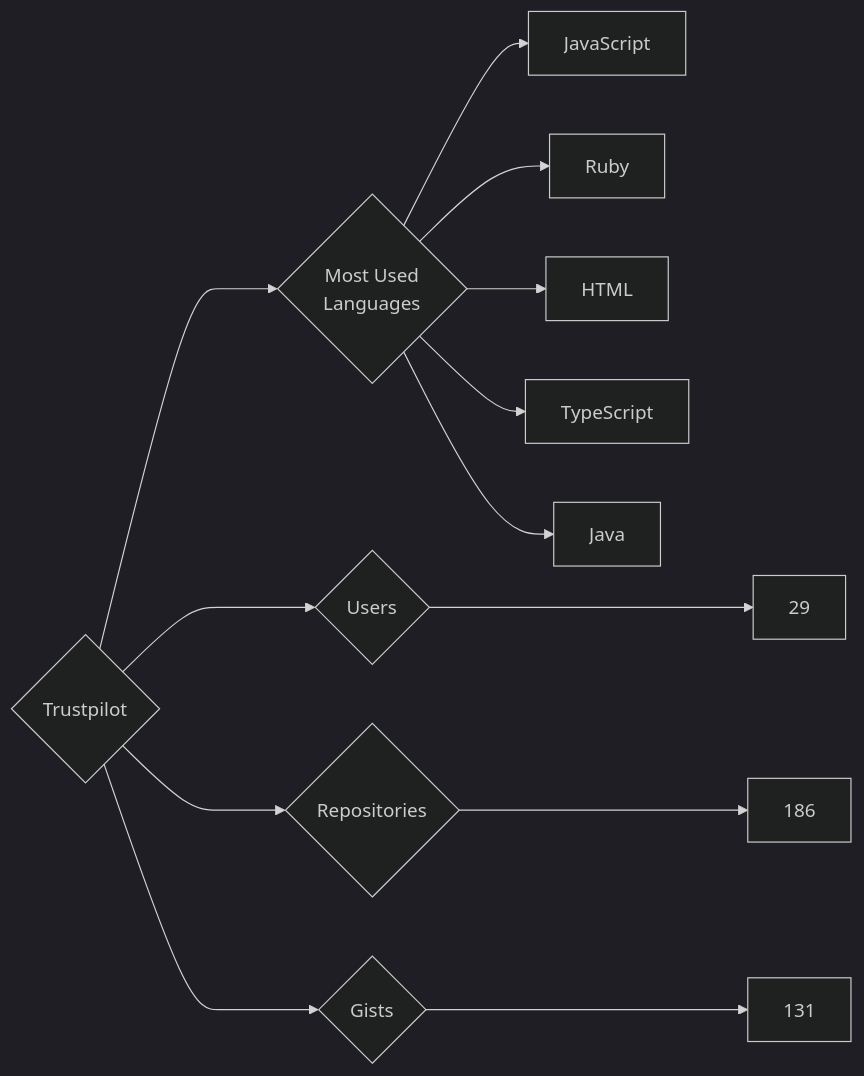
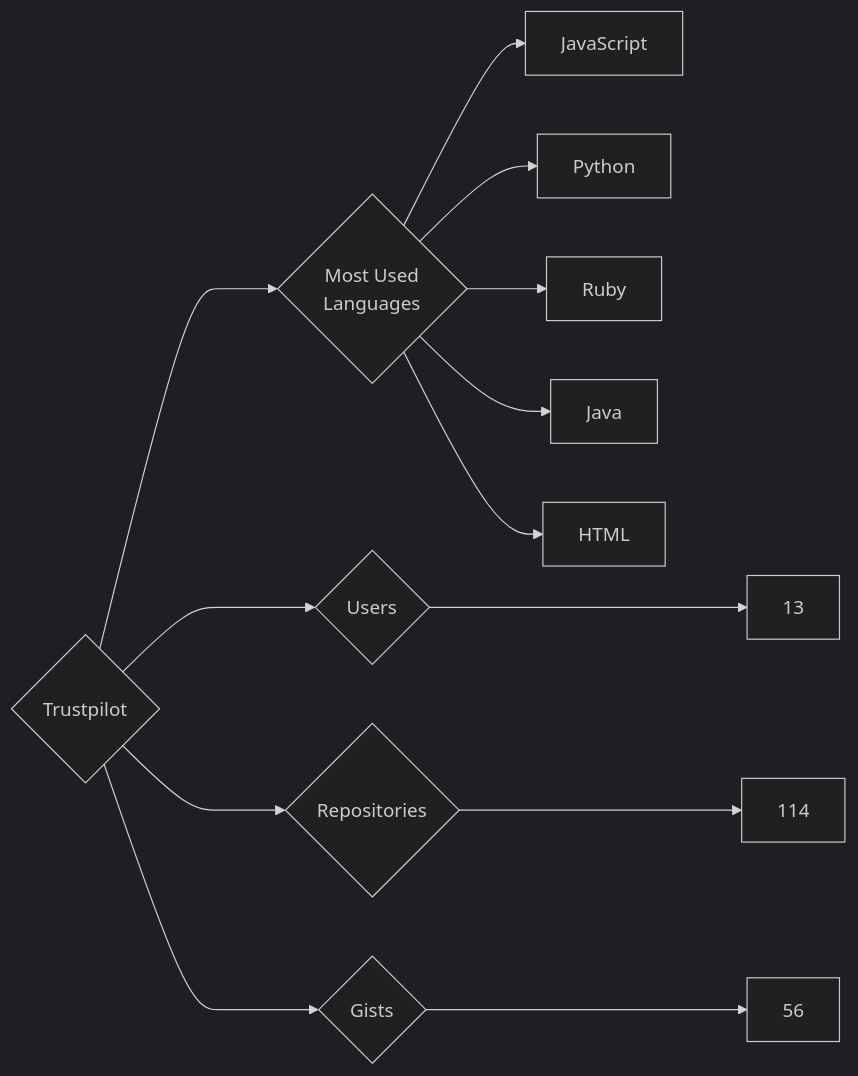
One commit to trickest/insiders changed the diagram in targets/Trustpilot/README.md. Above: the diagram before and after it, drawn with Mermaid (dark theme). The commit also changed 829 other files, not shown here.

````diff
--- a/targets/Trustpilot/README.md
+++ b/targets/Trustpilot/README.md
@@ -3,13 +3,13 @@
 ```mermaid
 graph LR
 COMPANY_NAME{Trustpilot}
-COMPANY_NAME ---> U{Users} ---> UN[29]
-COMPANY_NAME ---> R{Repositories} ---> RN[186]
-COMPANY_NAME ---> G{Gists} ---> GN[131]
+COMPANY_NAME ---> U{Users} ---> UN[13]
+COMPANY_NAME ---> R{Repositories} ---> RN[114]
+COMPANY_NAME ---> G{Gists} ---> GN[56]
 COMPANY_NAME ---> ML{Most Used<br>Languages}
 ML --> JavaScript[JavaScript]
+ML --> Python[Python]
 ML --> Ruby[Ruby]
+ML --> Java[Java]
 ML --> HTML[HTML]
-ML --> TypeScript[TypeScript]
-ML --> Java[Java]
 ```
````
